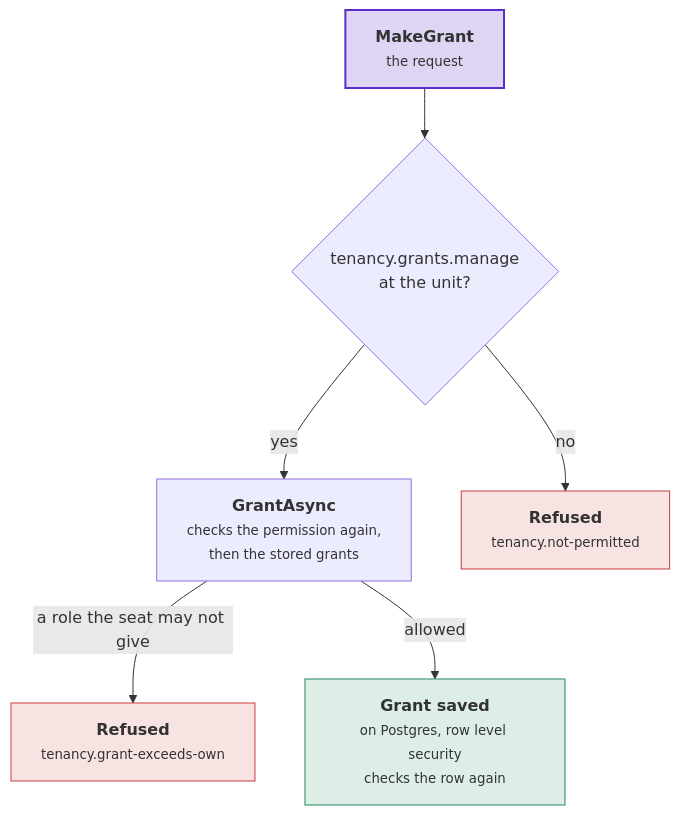
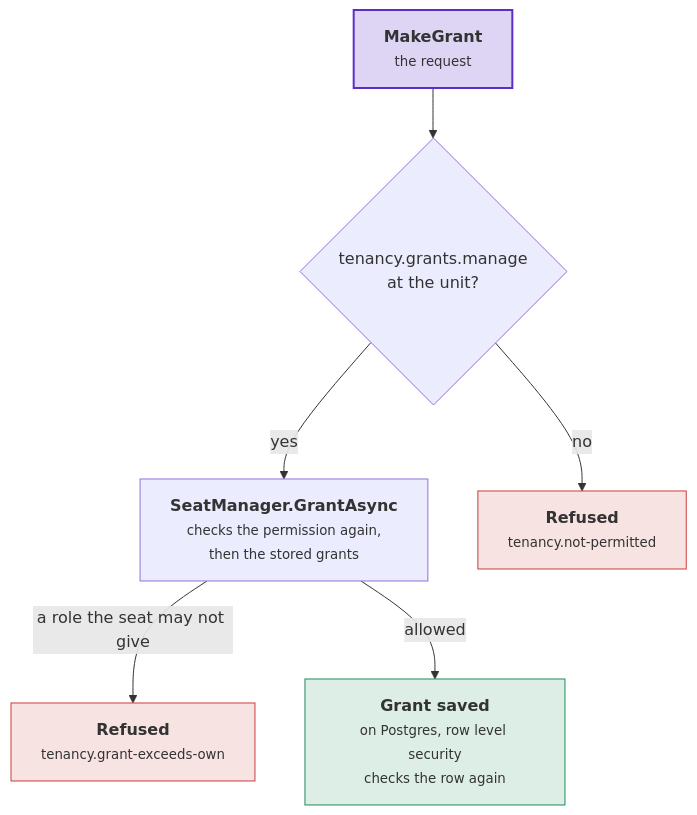
The second of 2 diagrams in docs/tenancy/who-may-do-what.md (DylanSnel/DDDToolkit), drawn with Mermaid before and after one commit. The commit also changed other lines of this file and 24 other files, not shown here.

````diff
--- a/docs/tenancy/who-may-do-what.md
+++ b/docs/tenancy/who-may-do-what.md
@@ -204,20 +238,20 @@
 ```mermaid
 flowchart TB
     request["<b>MakeGrant</b><br/><small>the request</small>"]
     door{"tenancy.grants.manage<br/>at the unit?"}
-    useCase["<b>GrantAsync</b><br/><small>checks the permission again,<br/>then the stored grants</small>"]
+    manager["<b>SeatManager.GrantAsync</b><br/><small>checks the permission again,<br/>then the stored grants</small>"]
     notPermitted["<b>Refused</b><br/><small>tenancy.not-permitted</small>"]
     exceeds["<b>Refused</b><br/><small>tenancy.grant-exceeds-own</small>"]
     saved["<b>Grant saved</b><br/><small>on Postgres, row level security<br/>checks the row again</small>"]
     request --> door
     door -- "no" --> notPermitted
-    door -- "yes" --> useCase
-    useCase -- "a role the seat may not give" --> exceeds
-    useCase -- "allowed" --> saved
+    door -- "yes" --> manager
+    manager -- "a role the seat may not give" --> exceeds
+    manager -- "allowed" --> saved
     classDef strong fill:#5b2ec933,stroke:#5b2ec9,stroke-width:2px
     classDef good fill:#1f8a5b26,stroke:#1f8a5b
     classDef bad fill:#c93c3c24,stroke:#c93c3c
     class request strong
     class saved good
     class notPermitted,exceeds bad
 ```
````
